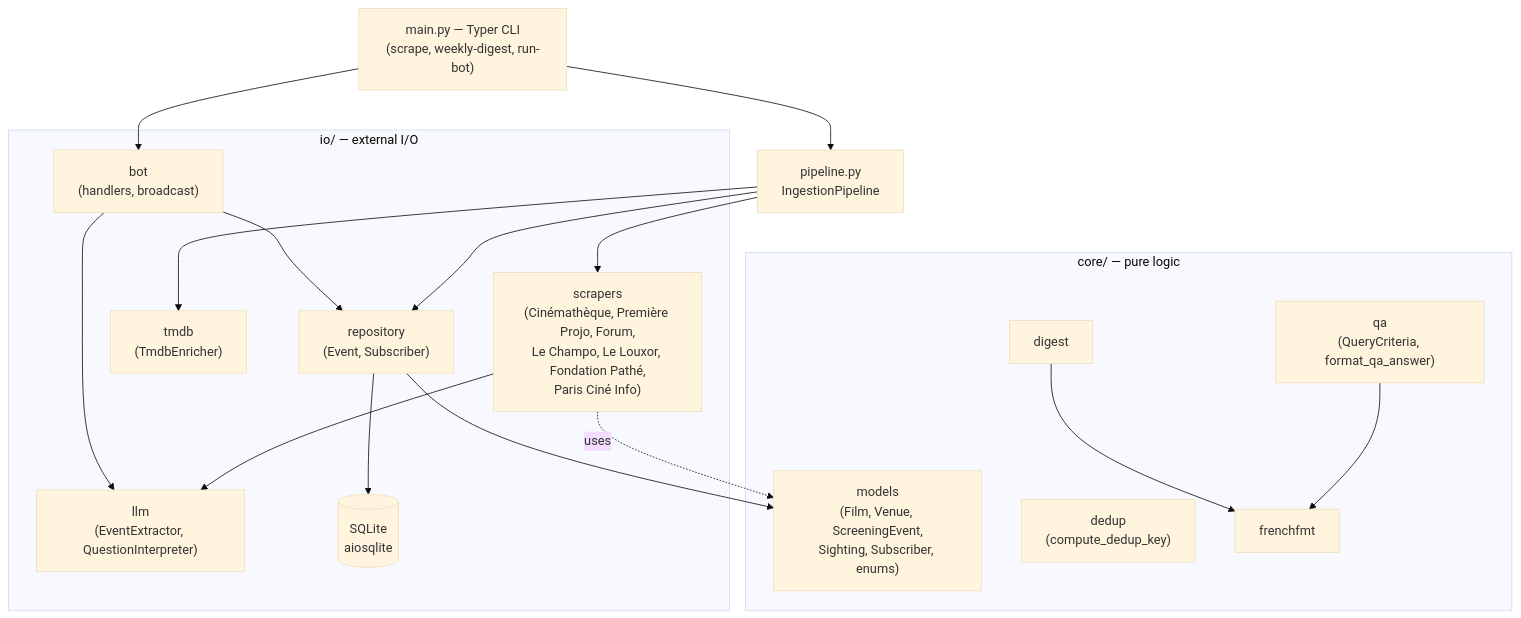
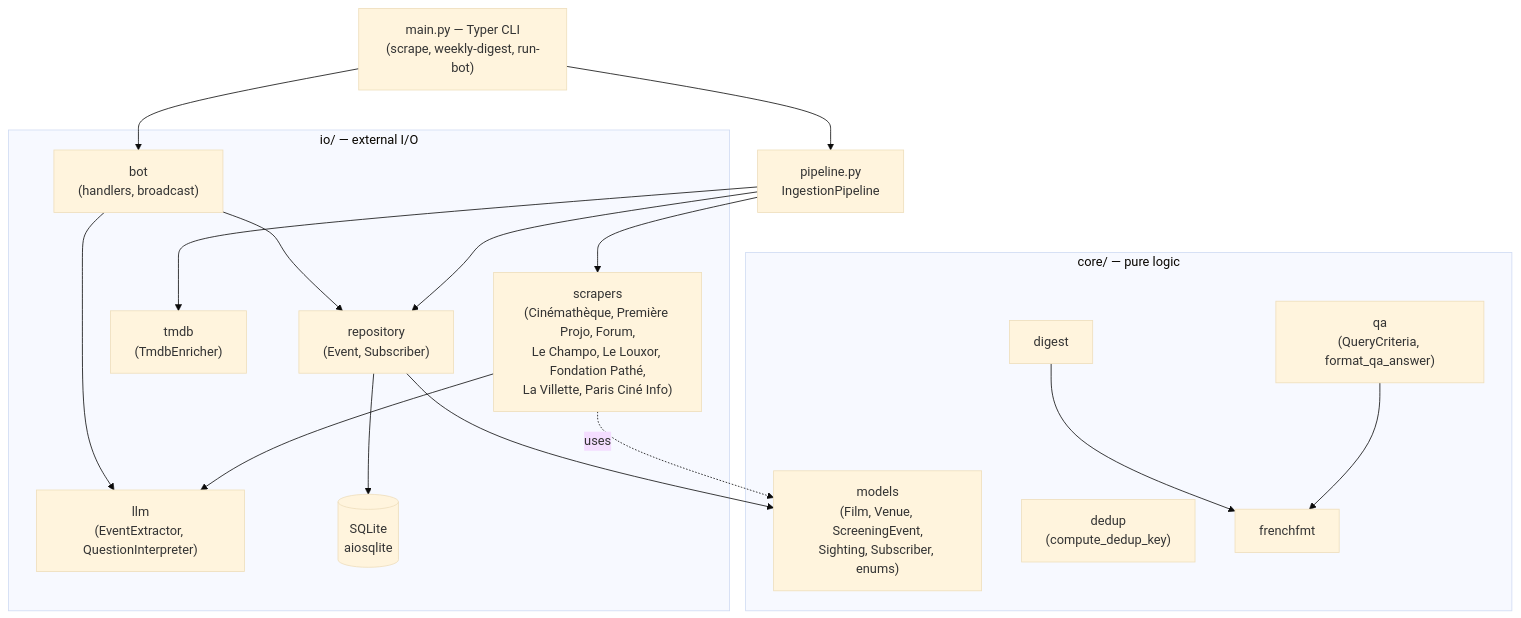
Before and after one commit to Pierrafrom/lanterne: the first of 3 diagrams in docs/architecture.md, drawn with Mermaid (base theme). The commit also changed 9 other files, not shown here.

````diff
--- a/docs/architecture.md
+++ b/docs/architecture.md
@@ -23,37 +23,37 @@
 ```mermaid
 flowchart TD
     CLI["main.py — Typer CLI<br/>(scrape, weekly-digest, run-bot)"]
 
     subgraph core["core/ — pure logic"]
         models["models<br/>(Film, Venue, ScreeningEvent,<br/>Sighting, Subscriber, enums)"]
         dedup["dedup<br/>(compute_dedup_key)"]
         qa["qa<br/>(QueryCriteria, format_qa_answer)"]
         digest["digest"]
         frenchfmt["frenchfmt"]
     end
 
     subgraph io["io/ — external I/O"]
-        scrapers["scrapers<br/>(Cinémathèque, Première Projo, Forum,<br/>Le Champo, Le Louxor, Fondation Pathé,<br/>Paris Ciné Info)"]
+        scrapers["scrapers<br/>(Cinémathèque, Première Projo, Forum,<br/>Le Champo, Le Louxor, Fondation Pathé,<br/>La Villette, Paris Ciné Info)"]
         llm["llm<br/>(EventExtractor, QuestionInterpreter)"]
         tmdb["tmdb<br/>(TmdbEnricher)"]
         repo["repository<br/>(Event, Subscriber)"]
         db[("SQLite<br/>aiosqlite")]
         bot["bot<br/>(handlers, broadcast)"]
     end
 
     pipeline["pipeline.py<br/>IngestionPipeline"]
 
     CLI --> pipeline
     CLI --> bot
     pipeline --> scrapers
     pipeline --> tmdb
     pipeline --> repo
     scrapers --> llm
     repo --> db
     bot --> repo
     bot --> llm
     scrapers -.uses.-> models
     repo --> models
     qa --> frenchfmt
     digest --> frenchfmt
 ```
````
